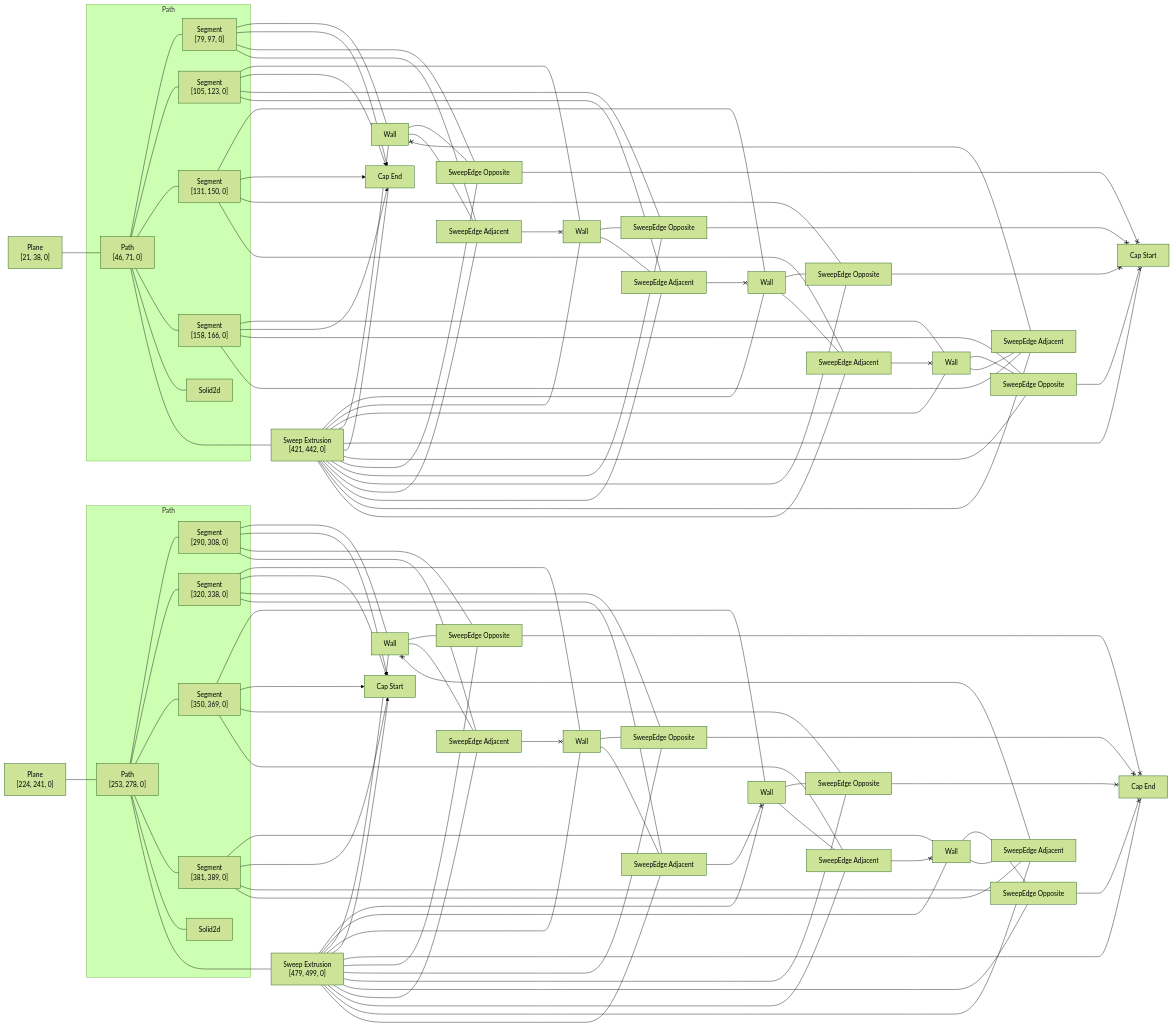
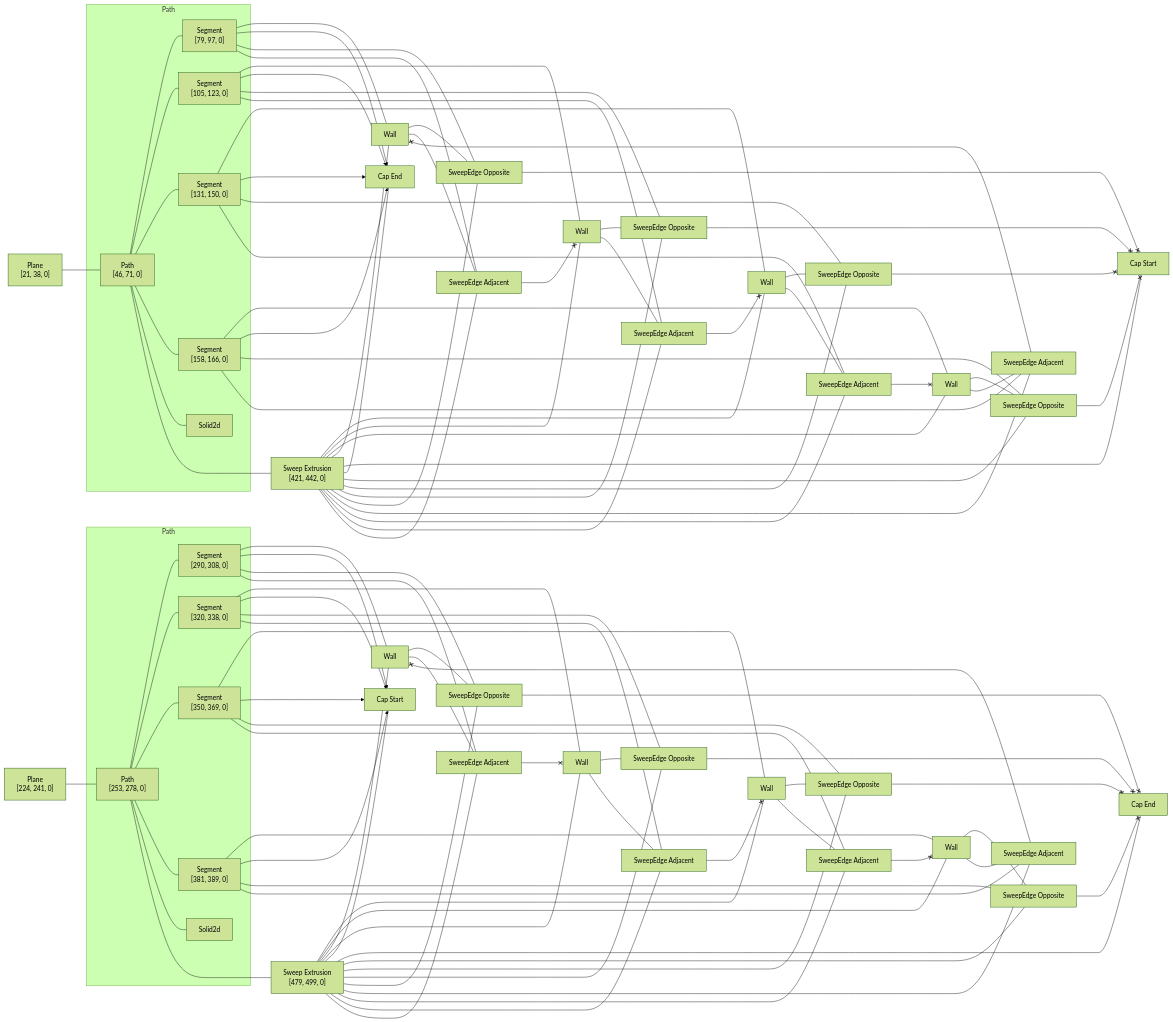
The diagram in rust/kcl-lib/tests/sketch_in_object/artifact_graph_flowchart.snap.md (rajgandhi1/modeling-app), drawn with Mermaid (forest theme) before and after one commit. The commit also changed 101 other files, not shown here.

```diff
--- a/rust/kcl-lib/tests/sketch_in_object/artifact_graph_flowchart.snap.md
+++ b/rust/kcl-lib/tests/sketch_in_object/artifact_graph_flowchart.snap.md
@@ -64,36 +64,36 @@
   4 ---- 16
   5 --- 20
   5 x--> 28
-  5 --- 30
-  5 --- 37
+  5 --- 32
+  5 --- 40
   6 --- 18
   6 x--> 28
   6 --- 31
-  6 --- 38
+  6 --- 39
   7 --- 17
   7 x--> 28
-  7 --- 32
-  7 --- 40
+  7 --- 30
+  7 --- 38
   8 --- 19
   8 x--> 28
   8 --- 29
-  8 --- 39
+  8 --- 37
   9 --- 23
   9 x--> 25
-  9 --- 33
-  9 --- 41
+  9 --- 36
+  9 --- 44
   10 --- 24
   10 x--> 25
-  10 --- 34
-  10 --- 44
+  10 --- 35
+  10 --- 43
   11 --- 21
   11 x--> 25
-  11 --- 35
+  11 --- 34
   11 --- 42
   12 --- 22
   12 x--> 25
-  12 --- 36
-  12 --- 43
+  12 --- 33
+  12 --- 41
   15 --- 17
   15 --- 18
   15 --- 19
@@ -122,30 +122,30 @@
   16 --- 42
   16 --- 43
   16 --- 44
-  17 --- 32
-  38 <--x 17
-  17 --- 40
+  17 --- 30
+  17 --- 38
+  39 <--x 17
   18 --- 31
-  37 <--x 18
-  18 --- 38
+  18 --- 39
+  40 <--x 18
   19 --- 29
-  19 --- 39
-  40 <--x 19
-  20 --- 30
-  20 --- 37
-  39 <--x 20
-  21 --- 35
+  19 --- 37
+  38 <--x 19
+  20 --- 32
+  37 <--x 20
+  20 --- 40
+  21 --- 34
   21 --- 42
-  44 <--x 21
-  22 --- 36
+  43 <--x 21
+  22 --- 33
+  22 --- 41
   42 <--x 22
-  22 --- 43
-  23 --- 33
-  23 --- 41
-  43 <--x 23
-  24 --- 34
-  41 <--x 24
-  24 --- 44
+  23 --- 36
+  41 <--x 23
+  23 --- 44
+  24 --- 35
+  24 --- 43
+  44 <--x 24
   29 <--x 26
   30 <--x 26
   31 <--x 26
```
